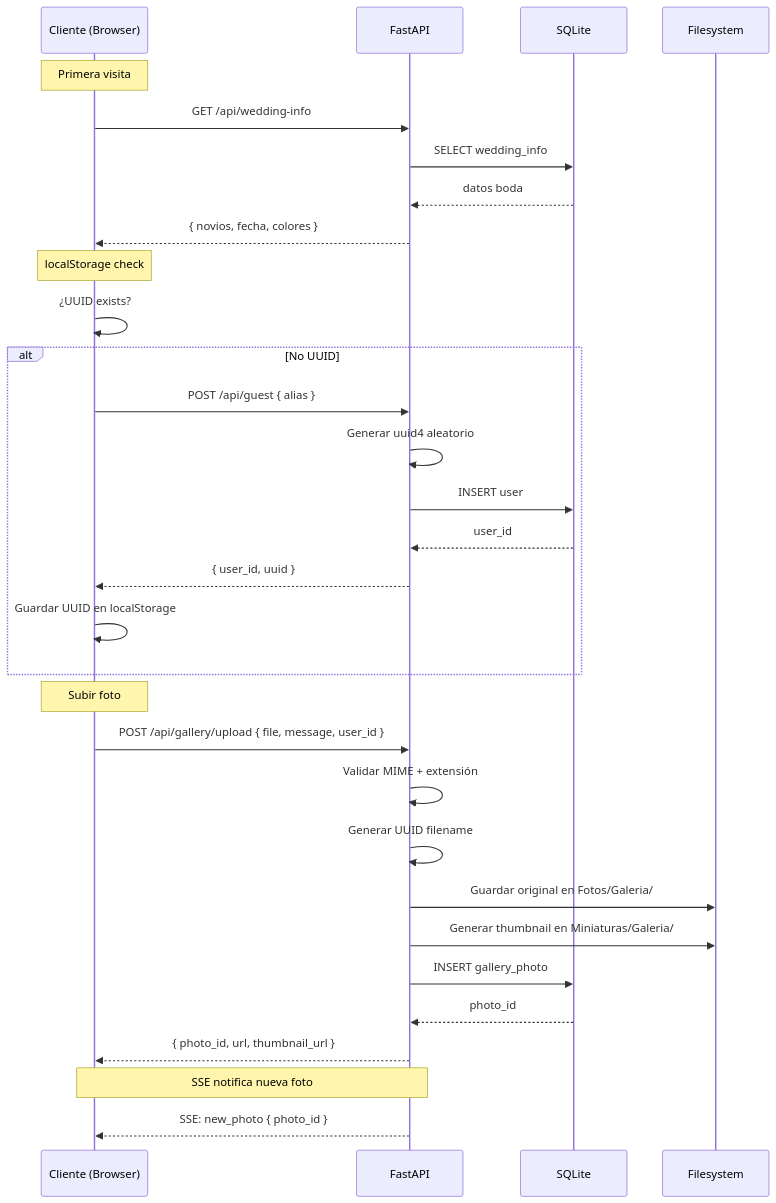
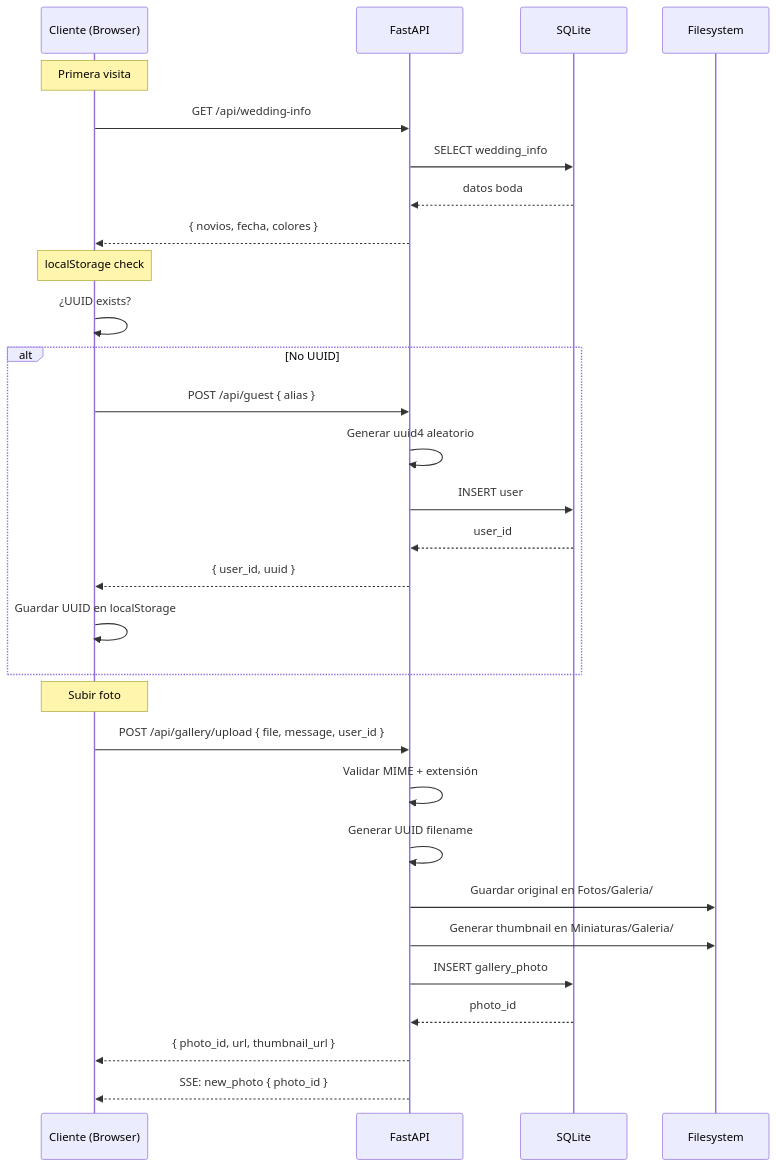
Before and after one commit to juniornff/wedding-photo-manager: the fifth of 12 diagrams in README.md, drawn with Mermaid. The commit also changed other lines of this file and 3 other files, not shown here.

````diff
--- a/README.md
+++ b/README.md
@@ -238,36 +258,35 @@
 ```mermaid
 sequenceDiagram
     participant C as Cliente (Browser)
     participant API as FastAPI
     participant DB as SQLite
     participant FS as Filesystem
 
     Note over C: Primera visita
     C->>API: GET /api/wedding-info
     API->>DB: SELECT wedding_info
     DB-->>API: datos boda
     API-->>C: { novios, fecha, colores }
 
     Note over C: localStorage check
     C->>C: ¿UUID exists?
     alt No UUID
         C->>API: POST /api/guest { alias }
         API->>API: Generar uuid4 aleatorio
         API->>DB: INSERT user
         DB-->>API: user_id
         API-->>C: { user_id, uuid }
         C->>C: Guardar UUID en localStorage
     end
 
     Note over C: Subir foto
     C->>API: POST /api/gallery/upload { file, message, user_id }
     API->>API: Validar MIME + extensión
     API->>API: Generar UUID filename
     API->>FS: Guardar original en Fotos/Galeria/
     API->>FS: Generar thumbnail en Miniaturas/Galeria/
     API->>DB: INSERT gallery_photo
     DB-->>API: photo_id
     API-->>C: { photo_id, url, thumbnail_url }
-    Note over C,API: SSE notifica nueva foto
     API-->>C: SSE: new_photo { photo_id }
 ```
````
